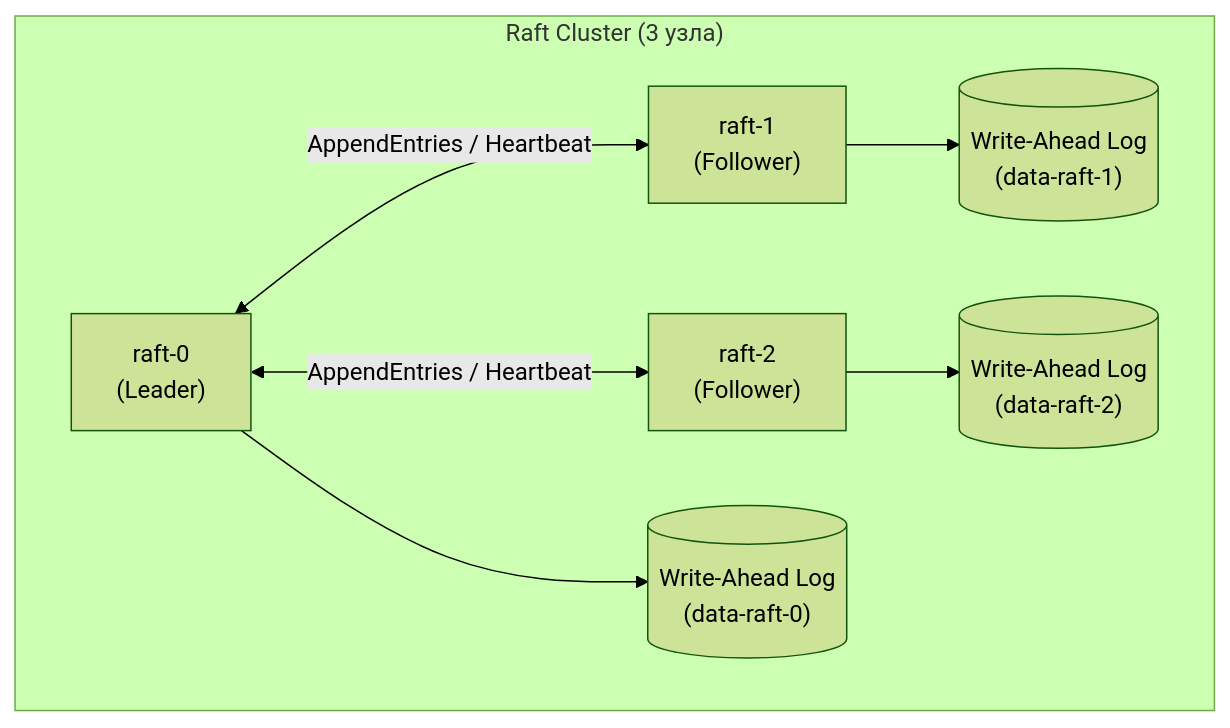
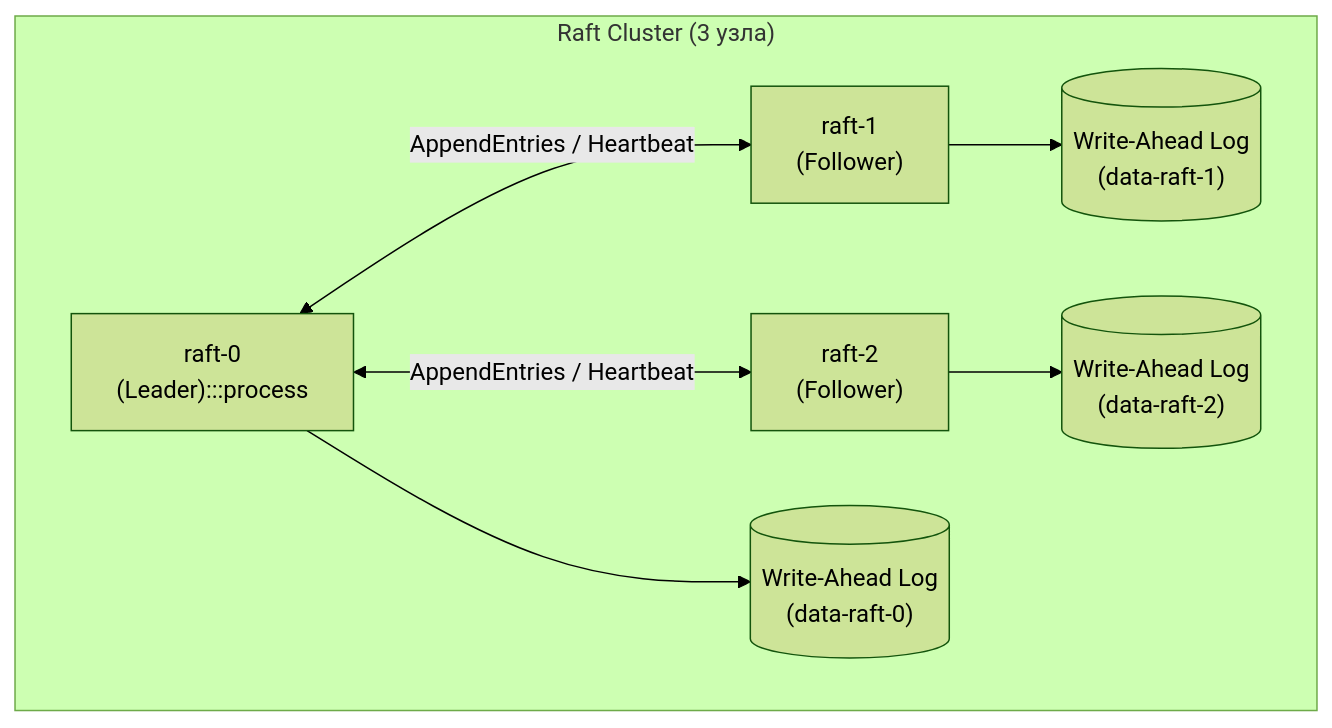
Before and after one commit to UnrealTemplier/go-textbook: the fourth of 4 diagrams in sources/19. Инфраструктура. Linux, nginx, Docker, Kubernetes/04. Kubernetes/6. Stateful приложения.md, drawn with Mermaid (forest theme). The commit also changed other lines of this file and 1666 other files, not shown here.

First line of the commit message:
feat(mermaid): add semantic color classDef to 1369 colorless flowchart/graph diagrams

````diff
--- a/sources/19. Инфраструктура. Linux, nginx, Docker, Kubernetes/04. Kubernetes/6. Stateful приложения.md
+++ b/sources/19. Инфраструктура. Linux, nginx, Docker, Kubernetes/04. Kubernetes/6. Stateful приложения.md
@@ -144,11 +174,21 @@
 ```mermaid
 flowchart TD
+    classDef process  fill:#1e293b,stroke:#38bdf8,stroke-width:1px,color:#f8fafc
+    classDef success  fill:#064e3b,stroke:#34d399,stroke-width:1px,color:#f8fafc
+    classDef error    fill:#7f1d1d,stroke:#f87171,stroke-width:1px,color:#f8fafc
+    classDef warning  fill:#78350f,stroke:#fbbf24,stroke-width:1px,color:#f8fafc
+    classDef entry    fill:#1e3a5f,stroke:#38bdf8,stroke-width:2px,color:#f8fafc
+    classDef aux      fill:#334155,stroke:#64748b,stroke-width:1px,color:#f8fafc
+    classDef system   fill:#312e81,stroke:#a78bfa,stroke-width:1px,color:#f8fafc
+    classDef data     fill:#132d29,stroke:#2dd4bf,stroke-width:1px,color:#f8fafc
+    classDef network  fill:#881337,stroke:#fb7185,stroke-width:1px,color:#f8fafc
+    classDef accent   fill:#1e1b4b,stroke:#818cf8,stroke-width:1px,color:#f8fafc
     subgraph RaftCluster["Raft Cluster (3 узла)"]
-        R0["raft-0\n(Leader)"] <-->|"AppendEntries / Heartbeat"| R1["raft-1\n(Follower)"]
+        R0["raft-0\n(Leader):::process"] <-->|"AppendEntries / Heartbeat"| R1["raft-1\n(Follower)"]
         R0 <-->|"AppendEntries / Heartbeat"| R2["raft-2\n(Follower)"]
         
         R0 --> WAL0[("Write-Ahead Log\n(data-raft-0)")]
         R1 --> WAL1[("Write-Ahead Log\n(data-raft-1)")]
         R2 --> WAL2[("Write-Ahead Log\n(data-raft-2)")]
     end
 ```
````
